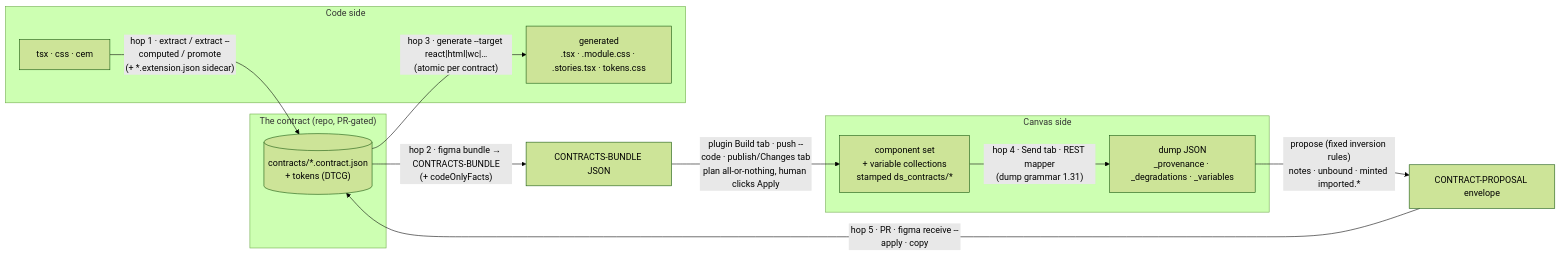
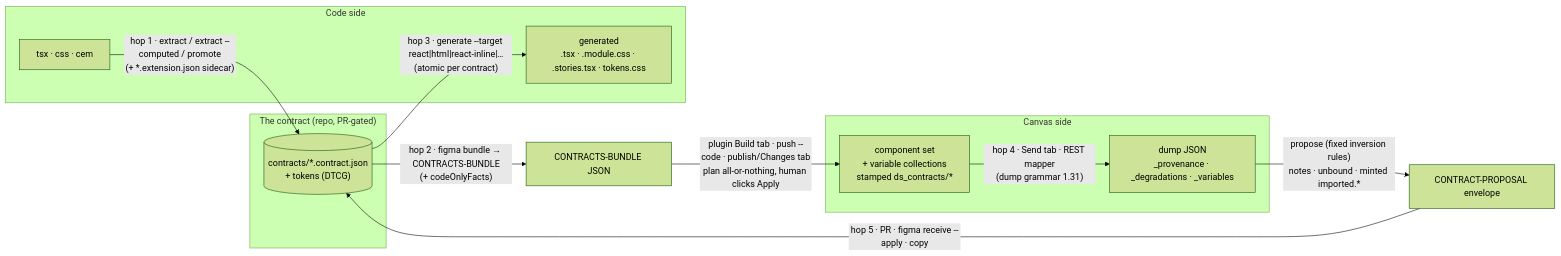
One commit to southleft/ds-contracts-poc changed the first of 3 diagrams in docs/29-how-it-flows.md. Above: the diagram before and after it, drawn with Mermaid (forest theme). The commit also changed other lines of this file and 9 other files, not shown here.

````diff
--- a/docs/29-how-it-flows.md
+++ b/docs/29-how-it-flows.md
@@ -126,22 +127,22 @@
 ```mermaid
 %% id: flow-chain
 flowchart LR
   subgraph code["Code side"]
     TSX["tsx · css · cem"]
     GEN["generated<br/>.tsx · .module.css · .stories.tsx · tokens.css"]
   end
   subgraph contract["The contract (repo, PR-gated)"]
     C[("contracts/*.contract.json<br/>+ tokens (DTCG)")]
   end
   subgraph canvas["Canvas side"]
     SET["component set<br/>+ variable collections<br/>stamped ds_contracts/*"]
     DUMP["dump JSON<br/>_provenance · _degradations · _variables"]
   end
   TSX -- "hop 1 · extract / extract --computed / promote<br/>(+ *.extension.json sidecar)" --> C
-  C -- "hop 3 · generate --target react|html|wc|…<br/>(atomic per contract)" --> GEN
+  C -- "hop 3 · generate --target react|html|react-inline|…<br/>(atomic per contract)" --> GEN
   C -- "hop 2 · figma bundle → CONTRACTS-BUNDLE<br/>(+ codeOnlyFacts)" --> B["CONTRACTS-BUNDLE JSON"]
   B -- "plugin Build tab · push --code · publish/Changes tab<br/>plan all-or-nothing, human clicks Apply" --> SET
   SET -- "hop 4 · Send tab · REST mapper<br/>(dump grammar 1.31)" --> DUMP
   DUMP -- "propose (fixed inversion rules)<br/>notes · unbound · minted imported.*" --> P["CONTRACT-PROPOSAL envelope"]
   P -- "hop 5 · PR · figma receive --apply · copy" --> C
 ```
````
